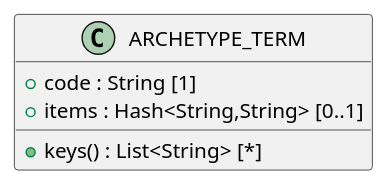
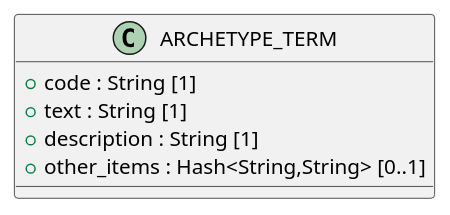
The diagram in code/PlantUML/openehr_am_2.4.0/org/openehr/am/aom2/terminology/ARCHETYPE_TERM.puml (sebastian-iancu/code-generator), drawn with PlantUML before and after one commit. The commit also changed 140 other files, not shown here.

Commit message:
regenerate plantUML variant

```diff
--- a/code/PlantUML/openehr_am_2.4.0/org/openehr/am/aom2/terminology/ARCHETYPE_TERM.puml
+++ b/code/PlantUML/openehr_am_2.4.0/org/openehr/am/aom2/terminology/ARCHETYPE_TERM.puml
@@ -1,10 +1,11 @@
 @startuml
 
 class ARCHETYPE_TERM {
   + code : String [1]
-  + items : Hash<String,String> [0..1]
-  + keys() : List<String> [*]
+  + text : String [1]
+  + description : String [1]
+  + other_items : Hash<String,String> [0..1]
 }
 
 
 @enduml
```
